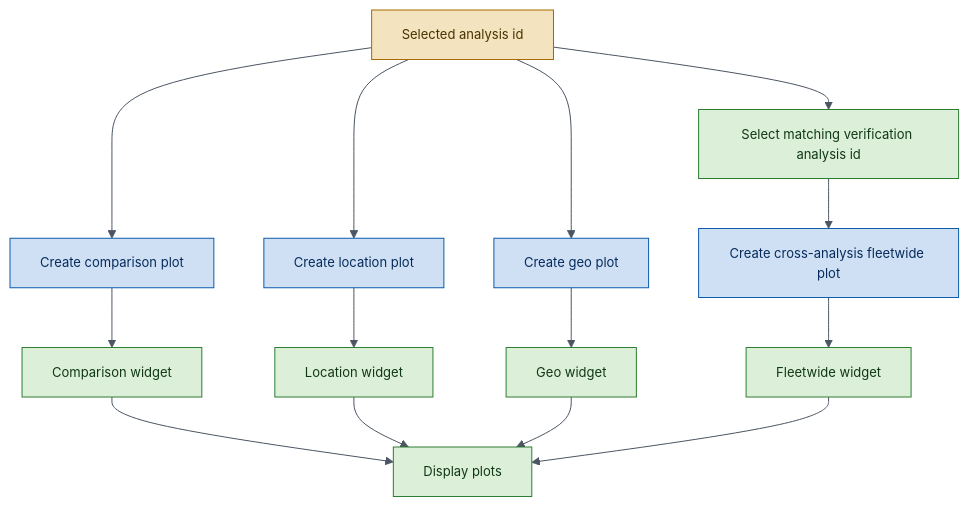
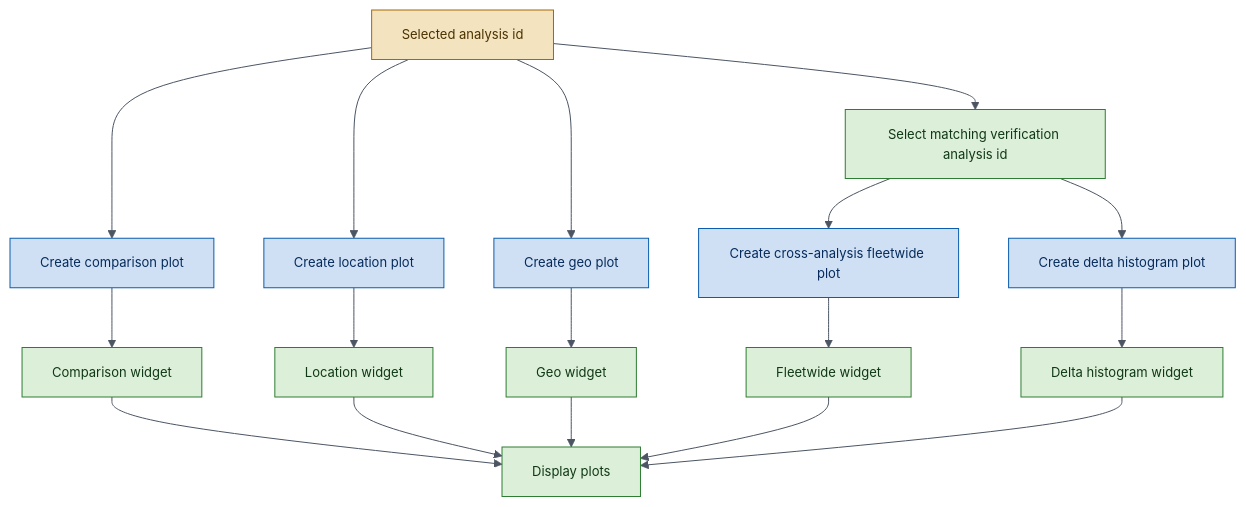
One commit to OWI-Lab/owi-metadatabase-results-sdk changed the fifth of 5 diagrams in docs/tutorials/lifetime-design-frequencies.md. Above: the diagram before and after it, drawn with Mermaid. The commit also changed other lines of this file and 8 other files, not shown here.

````diff
--- a/docs/tutorials/lifetime-design-frequencies.md
+++ b/docs/tutorials/lifetime-design-frequencies.md
@@ -355,30 +361,33 @@
 ```mermaid
 %%{init: {'theme': 'base', 'themeVariables': {
   'fontSize': 'small',
   'lineColor': '#4B5563',
   'clusterBkg': '#F8FAFC',
   'clusterBorder': '#CBD5E1'
 }}}%%
 graph TD
     A["Selected analysis id"] --> B["Create comparison plot"]
     A --> C["Create location plot"]
     A --> D["Create geo plot"]
     A --> E["Select matching verification analysis id"]
     B --> F["Comparison widget"]
     C --> G["Location widget"]
     D --> H["Geo widget"]
     E --> I["Create cross-analysis fleetwide plot"]
+    E --> L["Create delta histogram plot"]
     I --> J["Fleetwide widget"]
+    L --> M["Delta histogram widget"]
     F --> K["Display plots"]
     G --> K
     H --> K
     J --> K
+    M --> K
 
     classDef api fill:#CFE0F5,stroke:#0B5CAD,color:#062B5B;
     classDef keep fill:#DCEFD8,stroke:#2E7D32,color:#103816;
     classDef build fill:#F3E3BF,stroke:#A56A00,color:#4A3200;
 
-    class B,C,D,I api;
-    class E,F,G,H,J,K keep;
+    class B,C,D,I,L api;
+    class E,F,G,H,J,K,M keep;
     class A build;
 ```
````
